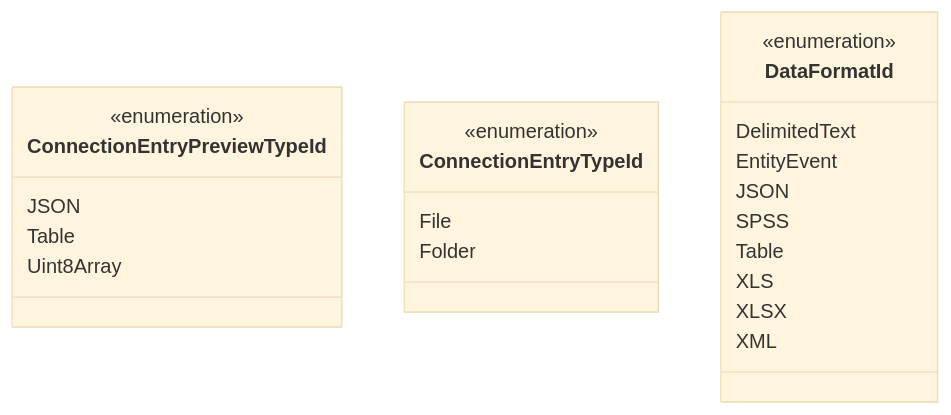
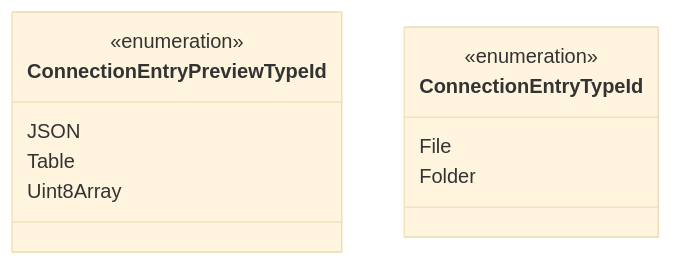
One commit to data-positioning/datapos-shared changed the fifth of 6 diagrams in README.md. Above: the diagram before and after it, drawn with Mermaid (base theme). The commit also changed 1 other file, not shown here.

Commit message:
Release v0.0.37

````diff
--- a/README.md
+++ b/README.md
@@ -221,29 +221,17 @@
 ```mermaid
 classDiagram
     direction TB
 
     class ConnectionEntryPreviewTypeId {
         <<enumeration>>
         JSON
         Table
         Uint8Array
     }
 
     class ConnectionEntryTypeId {
         <<enumeration>>
         File
         Folder
     }
-
-    class DataFormatId {
-        <<enumeration>>
-        DelimitedText
-        EntityEvent
-        JSON
-        SPSS
-        Table
-        XLS
-        XLSX
-        XML
-    }
 ```
````
